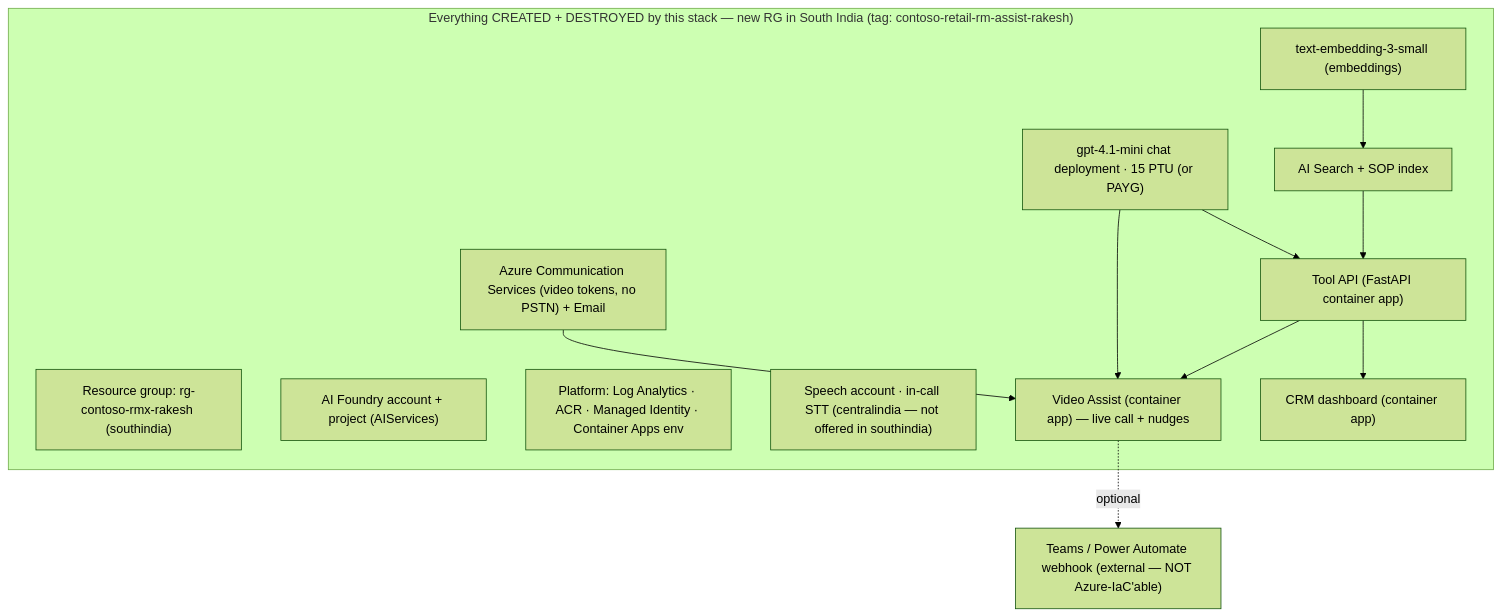
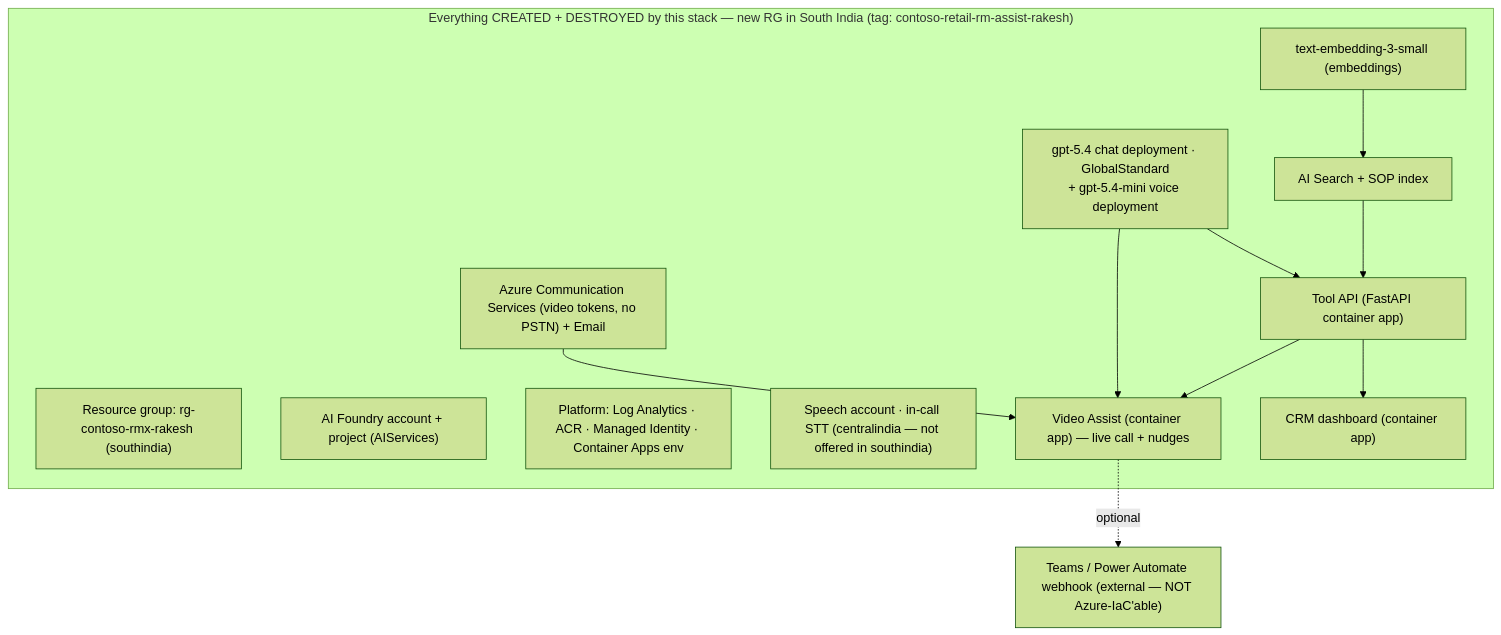
One commit to hrshl-demo/contoso-retail-acs-rm-assist-videocall changed the diagram in README.md. Above: the diagram before and after it, drawn with Mermaid (forest theme). The commit also changed other lines of this file and 4 other files, not shown here.

````diff
--- a/README.md
+++ b/README.md
@@ -45,27 +45,27 @@
 ```mermaid
 flowchart TB
   subgraph Created["Everything CREATED + DESTROYED by this stack — new RG in South India (tag: contoso-retail-rm-assist-rakesh)"]
     RG["Resource group: rg-contoso-rmx-rakesh (southindia)"]
     FND["AI Foundry account + project (AIServices)"]
-    CHAT["gpt-4.1-mini chat deployment · 15 PTU (or PAYG)"]
+    CHAT["gpt-5.4 chat deployment · GlobalStandard<br/>+ gpt-5.4-mini voice deployment"]
     EMB["text-embedding-3-small (embeddings)"]
     PLAT["Platform: Log Analytics · ACR · Managed Identity · Container Apps env"]
     SRCH["AI Search + SOP index"]
     ACS["Azure Communication Services (video tokens, no PSTN) + Email"]
     SPCH["Speech account · in-call STT (centralindia — not offered in southindia)"]
     TOOL["Tool API (FastAPI container app)"]
     CRM["CRM dashboard (container app)"]
     VA["Video Assist (container app) — live call + nudges"]
   end
 
   EXT["Teams / Power Automate webhook (external — NOT Azure-IaC'able)"]
 
   CHAT --> TOOL
   EMB --> SRCH
   SRCH --> TOOL
   TOOL --> CRM
   TOOL --> VA
   CHAT --> VA
   VA -. optional .-> EXT
   ACS --> VA
 ```
````
